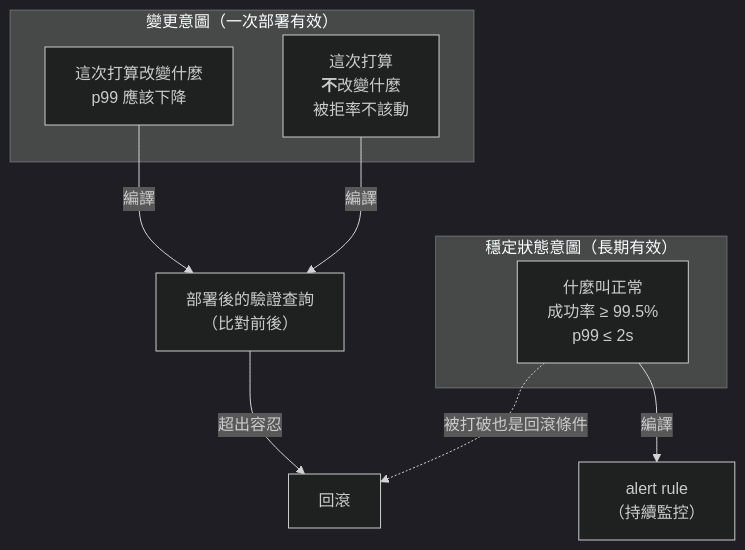
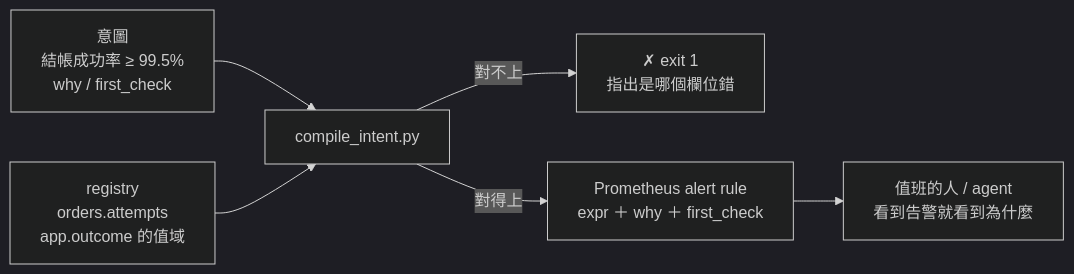
One commit to tedmax100/o11y-bench changed the first of 3 diagrams in weaver-demo/ironman-2026/day11.md. Above: the diagram before and after it, drawn with Mermaid (dark theme). The commit also changed other lines of this file and 1 other file, not shown here.

````diff
--- a/weaver-demo/ironman-2026/day11.md
+++ b/weaver-demo/ironman-2026/day11.md
@@ -77,16 +40,8 @@
 ```mermaid
-flowchart TB
-    subgraph S["穩定狀態意圖（長期有效）"]
-      S1["什麼叫正常<br/>成功率 ≥ 99.5%<br/>p99 ≤ 2s"]
-    end
-    subgraph C["變更意圖（一次部署有效）"]
-      C1["這次打算改變什麼<br/>p99 應該下降"]
-      C2["這次打算<br/><b>不</b>改變什麼<br/>被拒率不該動"]
-    end
-
-    S1 -->|"編譯"| A["alert rule<br/>（持續監控）"]
-    C1 -->|"編譯"| V["部署後的驗證查詢<br/>（比對前後）"]
-    C2 -->|"編譯"| V
-    V -->|"超出容忍"| R["回滾"]
-    S1 -.->|"被打破也是回滾條件"| R
+flowchart LR
+    I["意圖<br/>結帳成功率 ≥ 99.5%<br/>why / first_check"] --> C["compile_intent.py"]
+    R["registry<br/>orders.attempts<br/>app.outcome 的值域"] --> C
+    C -->|"對不上"| E["✗ exit 1<br/>指出是哪個欄位錯"]
+    C -->|"對得上"| A["Prometheus alert rule<br/>expr ＋ why ＋ first_check"]
+    A --> H["值班的人 / agent<br/>看到告警就看到為什麼"]
 ```
````
